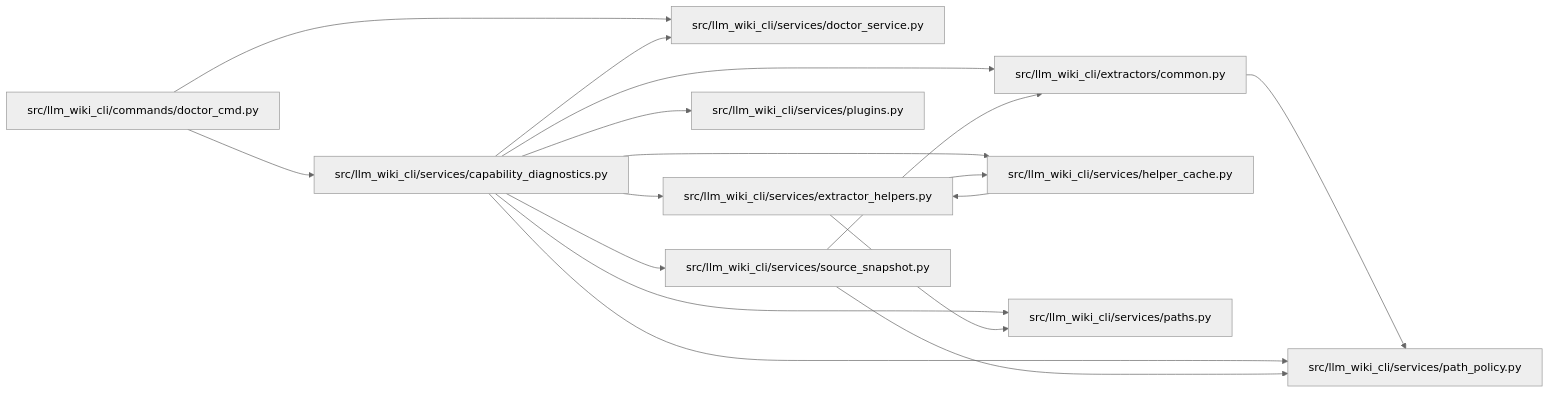
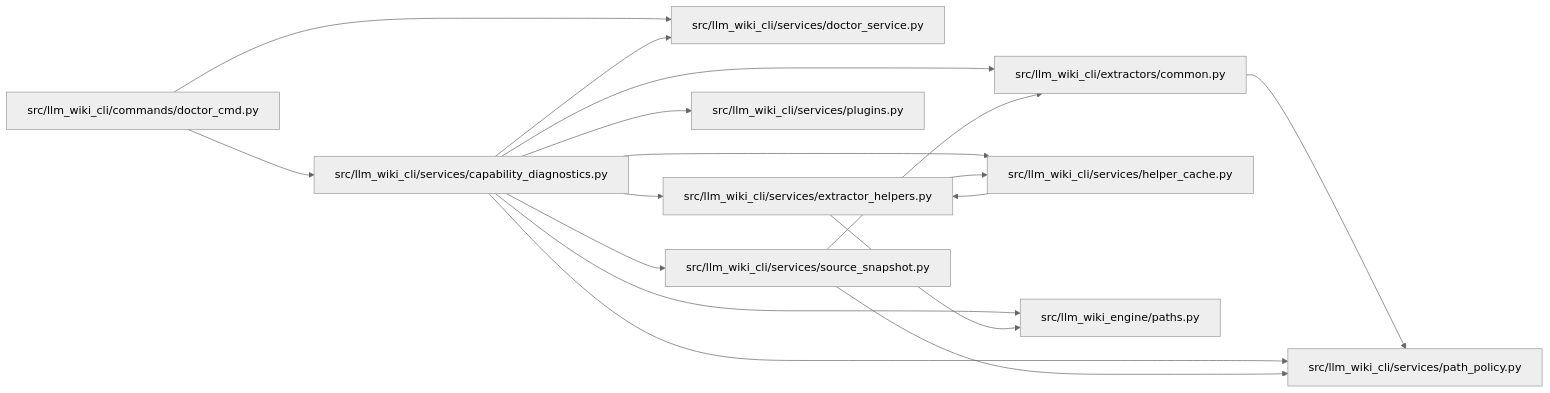
The diagram in docs/llm_wiki/modules/capability_diagnostics.md (Denissvgn/python-wiki-llm), drawn with Mermaid (neutral theme) before and after one commit. The commit also changed other lines of this file and 1103 other files, not shown here.

First line of the commit message:
docs: refresh the wiki for the llm-wiki-engine distribution

````diff
--- a/docs/llm_wiki/modules/capability_diagnostics.md
+++ b/docs/llm_wiki/modules/capability_diagnostics.md
@@ -40,39 +40,39 @@
 ```mermaid
 flowchart LR
     n0["src/llm_wiki_cli/commands/doctor_cmd.py"]
     n1["src/llm_wiki_cli/extractors/common.py"]
     n2["src/llm_wiki_cli/services/capability_diagnostics.py"]
     n3["src/llm_wiki_cli/services/doctor_service.py"]
     n4["src/llm_wiki_cli/services/extractor_helpers.py"]
     n5["src/llm_wiki_cli/services/helper_cache.py"]
     n6["src/llm_wiki_cli/services/path_policy.py"]
-    n7["src/llm_wiki_cli/services/paths.py"]
-    n8["src/llm_wiki_cli/services/plugins.py"]
-    n9["src/llm_wiki_cli/services/source_snapshot.py"]
+    n7["src/llm_wiki_cli/services/plugins.py"]
+    n8["src/llm_wiki_cli/services/source_snapshot.py"]
+    n9["src/llm_wiki_engine/paths.py"]
     n0 --> n2
     n0 --> n3
     n1 --> n6
     n2 --> n1
     n2 --> n3
     n2 --> n4
     n2 --> n5
     n2 --> n6
     n2 --> n7
     n2 --> n8
     n2 --> n9
     n4 --> n5
-    n4 --> n7
+    n4 --> n9
     n5 --> n4
-    n9 --> n1
-    n9 --> n6
+    n8 --> n1
+    n8 --> n6
     click n0 "../modules/doctor_cmd.md"
     click n1 "../modules/common.md"
     click n2 "../modules/capability_diagnostics.md"
     click n3 "../modules/doctor_service.md"
     click n4 "../modules/extractor_helpers.md"
     click n5 "../modules/helper_cache.md"
     click n6 "../modules/path_policy.md"
-    click n7 "../modules/paths.md"
-    click n8 "../modules/plugins.md"
-    click n9 "../modules/source_snapshot.md"
+    click n7 "../modules/plugins.md"
+    click n8 "../modules/source_snapshot.md"
+    click n9 "../modules/paths.md"
 ```
````
